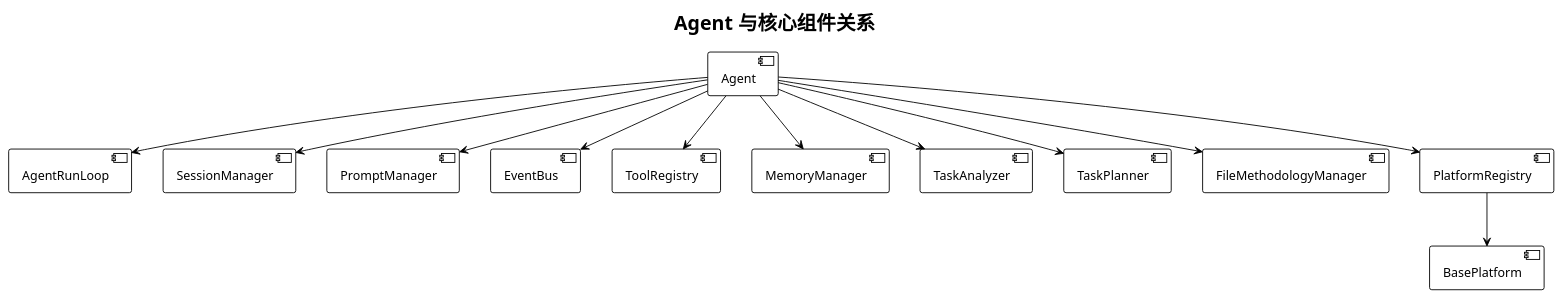
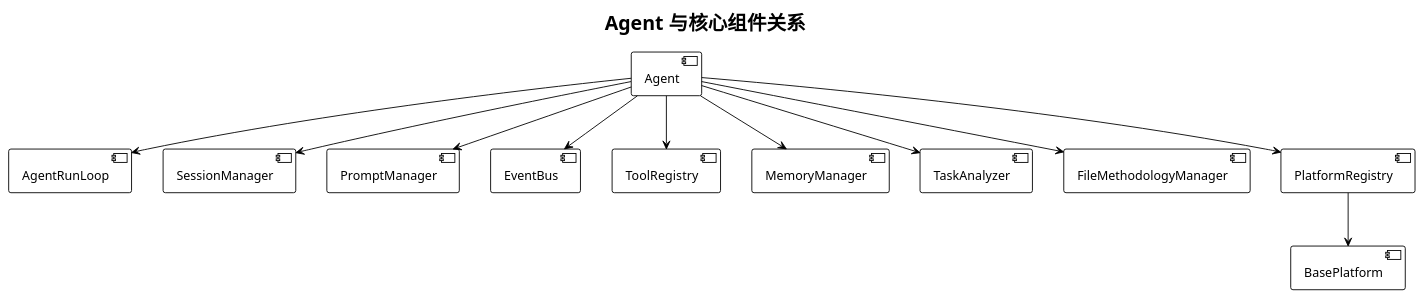
The third of 21 diagrams in docs/架构设计/Agent系统架构设计.md (skyfireitdiy/Jarvis), drawn with PlantUML before and after one commit. The commit also changed other lines of this file and 18 other files, not shown here.

First line of the commit message:
refactor(core): 移除任务规划器（TaskPlanner）相关功能

````diff
--- a/docs/架构设计/Agent系统架构设计.md
+++ b/docs/架构设计/Agent系统架构设计.md
@@ -212,17 +205,16 @@
 ```plantuml
 @startuml
 !theme plain
 title Agent 与核心组件关系
 [Agent] --> [AgentRunLoop]
 [Agent] --> [SessionManager]
 [Agent] --> [PromptManager]
 [Agent] --> [EventBus]
 [Agent] --> [ToolRegistry]
 [Agent] --> [MemoryManager]
 [Agent] --> [TaskAnalyzer]
-[Agent] --> [TaskPlanner]
 [Agent] --> [FileMethodologyManager]
 [Agent] --> [PlatformRegistry]
 [PlatformRegistry] --> [BasePlatform]
 @enduml
 ```
````
